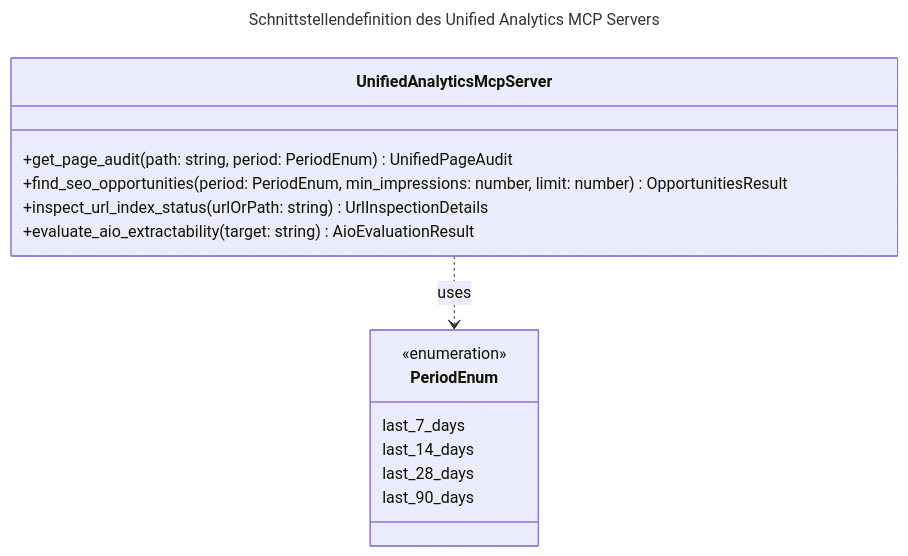
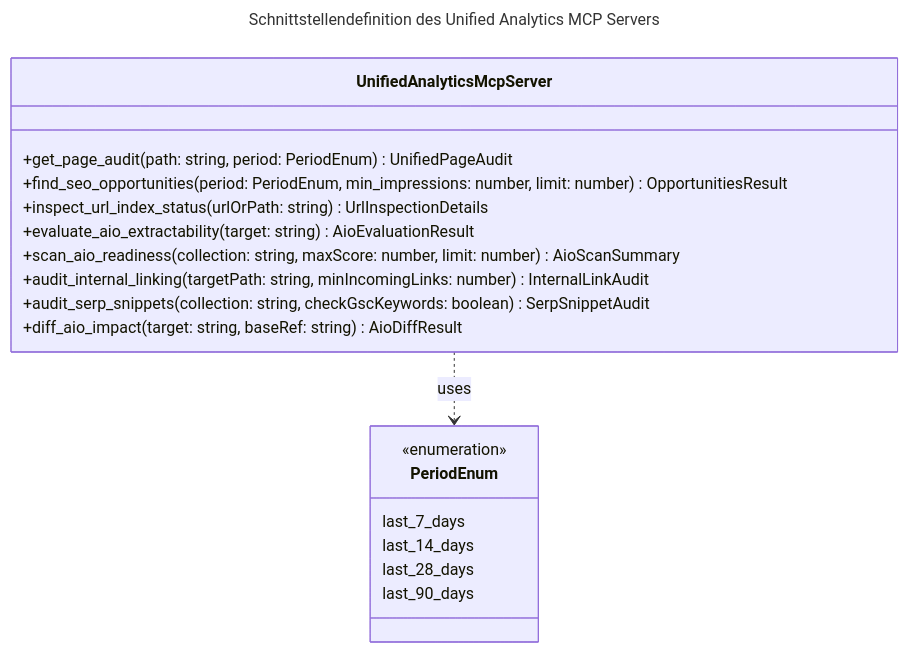
Before and after one commit to ghackenberg/ghackenberg.github.io: the first of 9 diagrams in src/content/posts/2026_09_23_unified_analytics_mcp_server_seo_geo_aio/index.md, drawn with Mermaid. The commit also changed other lines of this file and 1 other file, not shown here.

Commit message:
docs(blog): update architecture and practice report posts with 8 MCP tools, responsive tables, and iterative learnings

````diff
--- a/src/content/posts/2026_09_23_unified_analytics_mcp_server_seo_geo_aio/index.md
+++ b/src/content/posts/2026_09_23_unified_analytics_mcp_server_seo_geo_aio/index.md
@@ -52,23 +52,27 @@
 ```mermaid
 ---
 title: "Schnittstellendefinition des Unified Analytics MCP Servers"
-caption: "UML-Klassendiagramm der MCP-Tools mit typisierten Parametern und Rückgabetypen nach Model Context Protocol Standard."
+caption: "UML-Klassendiagramm der 8 MCP-Tools mit typisierten Parametern und Rückgabetypen nach Model Context Protocol Standard."
 ---
 classDiagram
   class UnifiedAnalyticsMcpServer {
     +get_page_audit(path: string, period: PeriodEnum) UnifiedPageAudit
     +find_seo_opportunities(period: PeriodEnum, min_impressions: number, limit: number) OpportunitiesResult
     +inspect_url_index_status(urlOrPath: string) UrlInspectionDetails
     +evaluate_aio_extractability(target: string) AioEvaluationResult
+    +scan_aio_readiness(collection: string, maxScore: number, limit: number) AioScanSummary
+    +audit_internal_linking(targetPath: string, minIncomingLinks: number) InternalLinkAudit
+    +audit_serp_snippets(collection: string, checkGscKeywords: boolean) SerpSnippetAudit
+    +diff_aio_impact(target: string, baseRef: string) AioDiffResult
   }
 
   class PeriodEnum {
     <<enumeration>>
     last_7_days
     last_14_days
     last_28_days
     last_90_days
   }
 
   UnifiedAnalyticsMcpServer ..> PeriodEnum : uses
 ```
````
